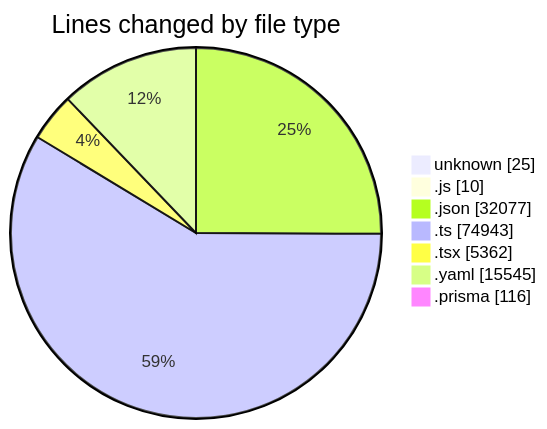
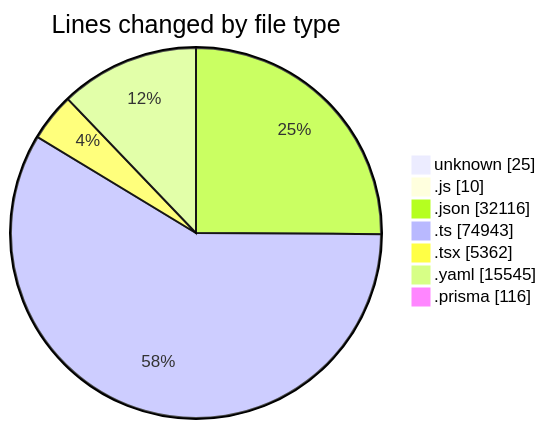
Before and after one commit to CELIANVF/code-tracking: the first of 2 diagrams in 2025-05-02/ecodeli/README.md, drawn with Mermaid. The commit also changed other lines of this file and 1 other file, not shown here.

````diff
--- a/2025-05-02/ecodeli/README.md
+++ b/2025-05-02/ecodeli/README.md
@@ -79,11 +80,11 @@
 ```mermaid
 pie showData
 title Lines changed by file type
 "unknown" : 25
 ".js" : 10
-".json" : 32077
+".json" : 32116
 ".ts" : 74943
 ".tsx" : 5362
 ".yaml" : 15545
 ".prisma" : 116
 ```
````
